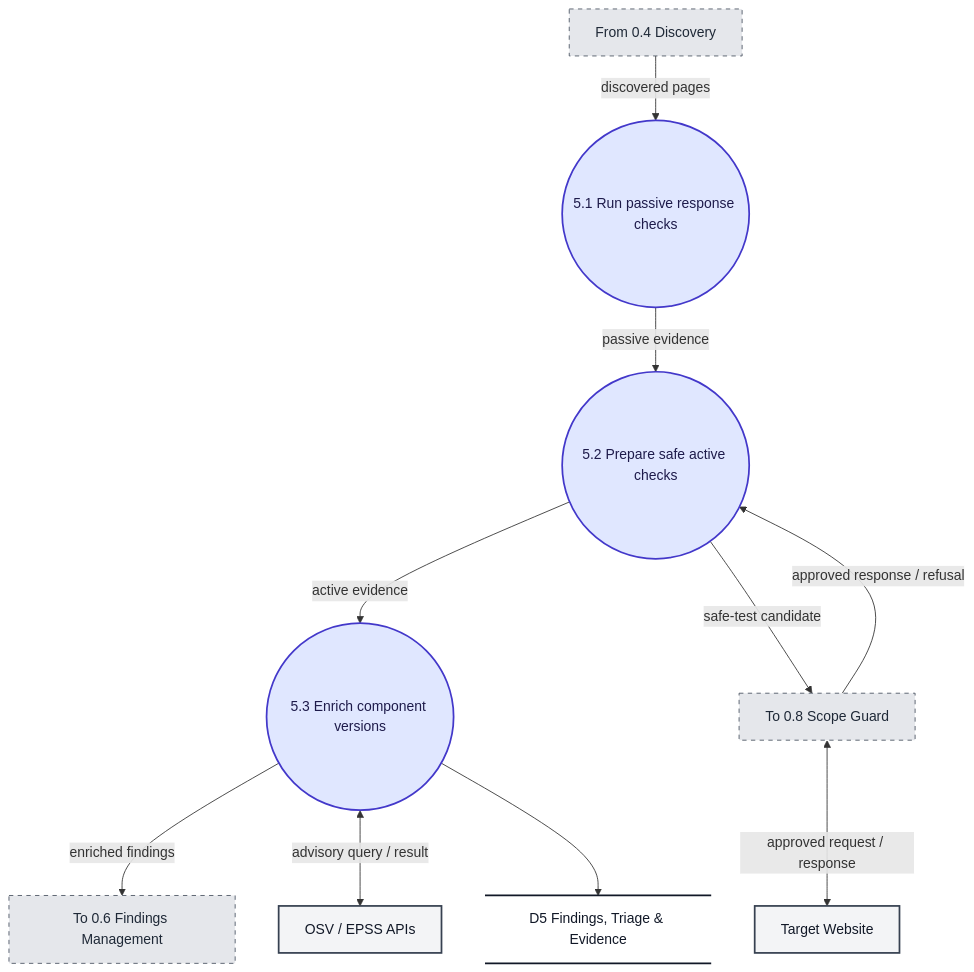
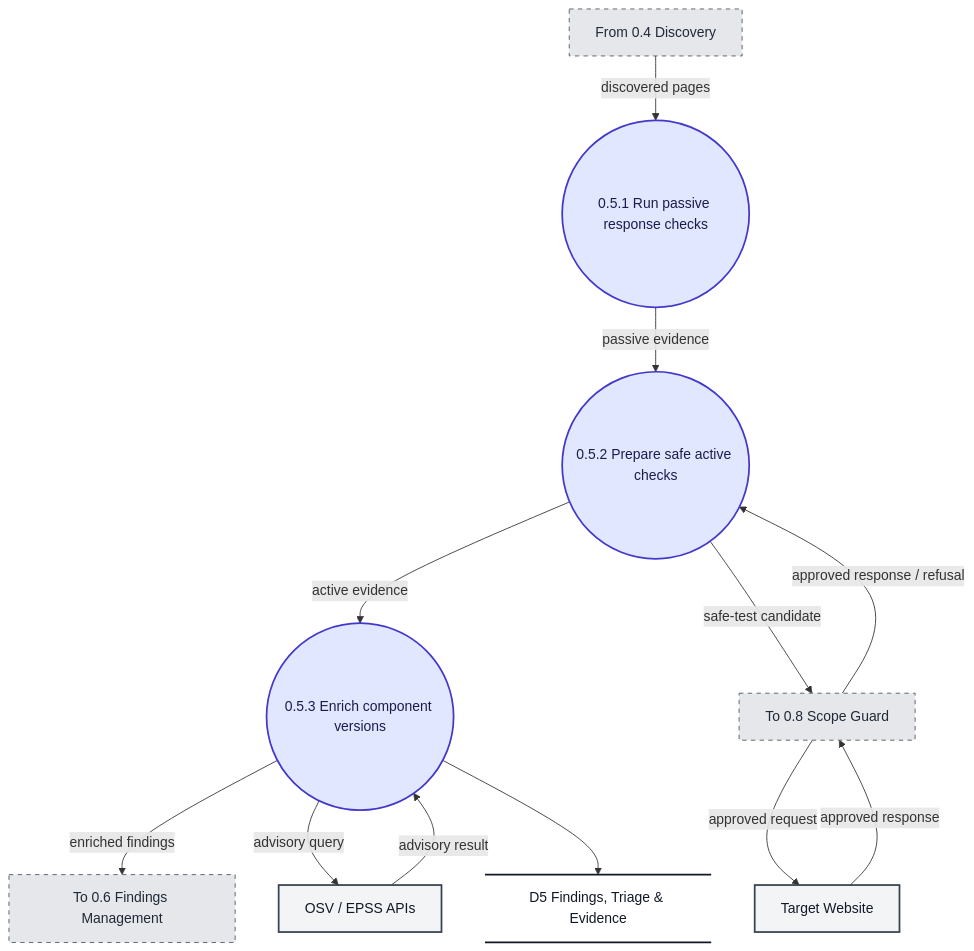
The seventh of 10 diagrams in docs/Website_Vulnerability_Scanner_DFD.md (ksacheth/software-engineering), drawn with Mermaid before and after one commit. The commit also changed other lines of this file and 25 other files, not shown here.

Commit message:
docs(dfd): refine scanner data flow diagrams

````diff
--- a/docs/Website_Vulnerability_Scanner_DFD.md
+++ b/docs/Website_Vulnerability_Scanner_DFD.md
@@ -287,37 +299,39 @@
 ```mermaid
 flowchart TD
     %% Level 2 DFD - F.5 Vulnerability Detection
 
     I_From["From 0.4 Discovery"]
     I_To["To 0.6 Findings Management"]
     I_ScopeGuard["To 0.8 Scope Guard"]
 
-    P51(("5.1 Run passive response checks"))
-    P52(("5.2 Prepare safe active checks"))
-    P53(("5.3 Enrich component versions"))
+    P51(("0.5.1 Run passive response checks"))
+    P52(("0.5.2 Prepare safe active checks"))
+    P53(("0.5.3 Enrich component versions"))
 
     D5@{ shape: datastore, label: "D5 Findings, Triage & Evidence" }
     Target["Target Website"]
     OSV["OSV / EPSS APIs"]
 
     I_From -->|"discovered pages"| P51
     P51 -->|"passive evidence"| P52
     P52 -->|"active evidence"| P53
     P53 -->|"enriched findings"| I_To
 
     P52 -->|"safe-test candidate"| I_ScopeGuard
-    I_ScopeGuard <-->|"approved request / response"| Target
+    I_ScopeGuard -->|"approved request"| Target
+    Target -->|"approved response"| I_ScopeGuard
     I_ScopeGuard -->|"approved response / refusal"| P52
-    P53 <-->|"advisory query / result"| OSV
+    P53 -->|"advisory query"| OSV
+    OSV -->|"advisory result"| P53
     P53 --> D5
 
     %% Styling
     classDef process fill:#e0e7ff,stroke:#4338ca,stroke-width:2px,color:#1e1b4b;
     classDef entity fill:#f3f4f6,stroke:#374151,stroke-width:2px,color:#111827;
     classDef store fill:transparent,stroke:#111827,stroke-width:2px,color:#111827;
     classDef iface fill:#e5e7eb,stroke:#4b5563,stroke-width:1px,stroke-dasharray: 5 5,color:#1f2937;
     class P51,P52,P53 process;
     class Target,OSV entity;
     class D5 store;
     class I_From,I_To,I_ScopeGuard iface;
 ```
````
